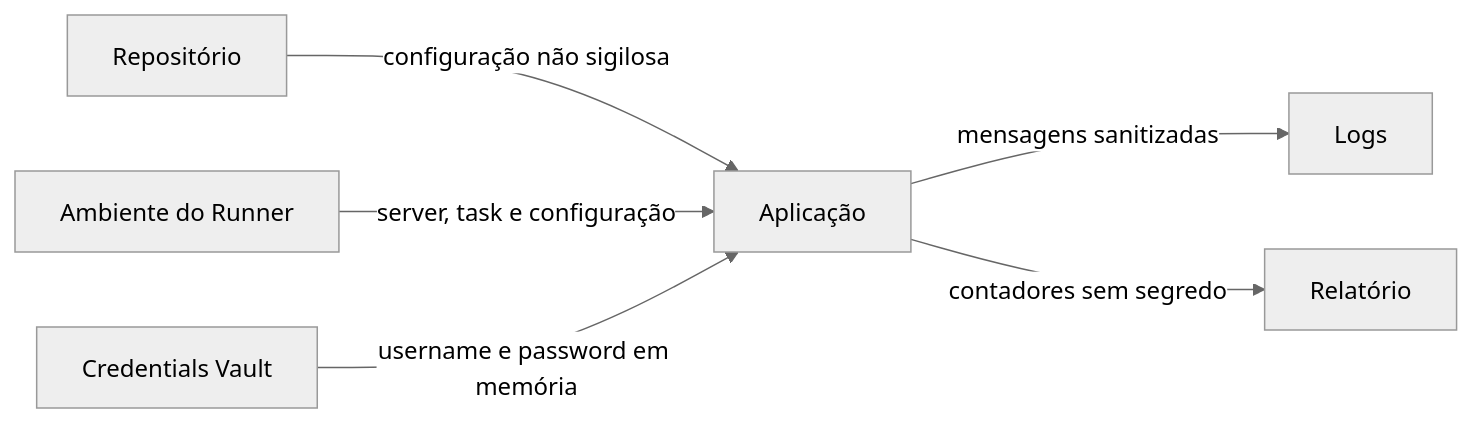
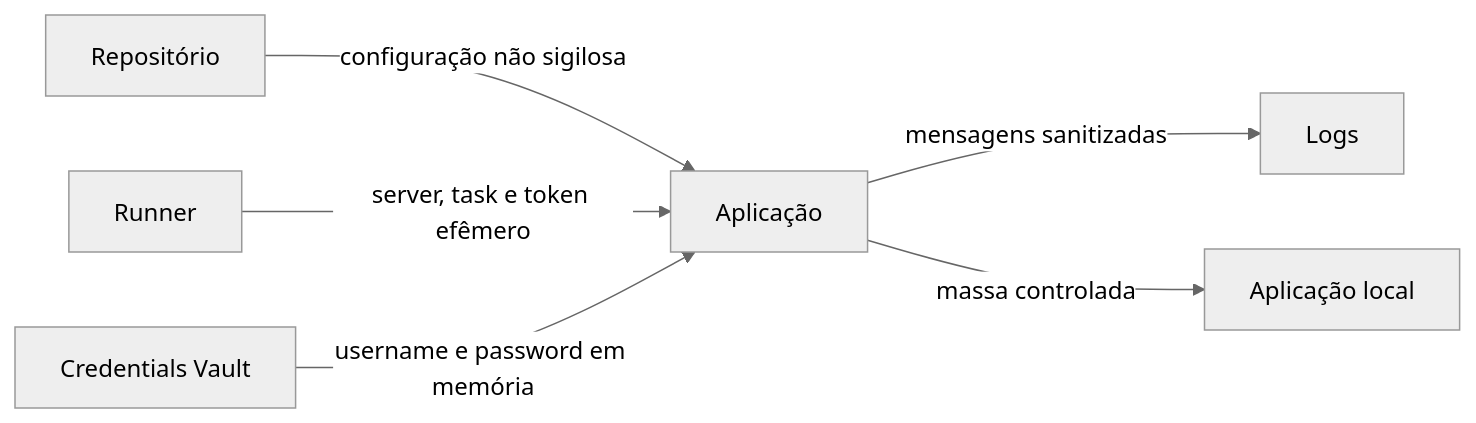
Before and after one commit to g-f307/conferencia-de-lotes: the third of 3 diagrams in docs/ARQUITETURA.md, drawn with Mermaid (neutral theme). The commit also changed other lines of this file and 38 other files, not shown here.

````diff
--- a/docs/ARQUITETURA.md
+++ b/docs/ARQUITETURA.md
@@ -206,8 +213,8 @@
 ```mermaid
 flowchart LR
     REPO[Repositório] -->|configuração não sigilosa| APP[Aplicação]
-    RUNNER[Ambiente do Runner] -->|server, task e configuração| APP
+    RUNNER[Runner] -->|server, task e token efêmero| APP
     VAULT[Credentials Vault] -->|username e password em memória| APP
     APP -->|mensagens sanitizadas| LOGS[Logs]
-    APP -->|contadores sem segredo| REPORT[Relatório]
+    APP -->|massa controlada| WEB[Aplicação local]
 ```
````
